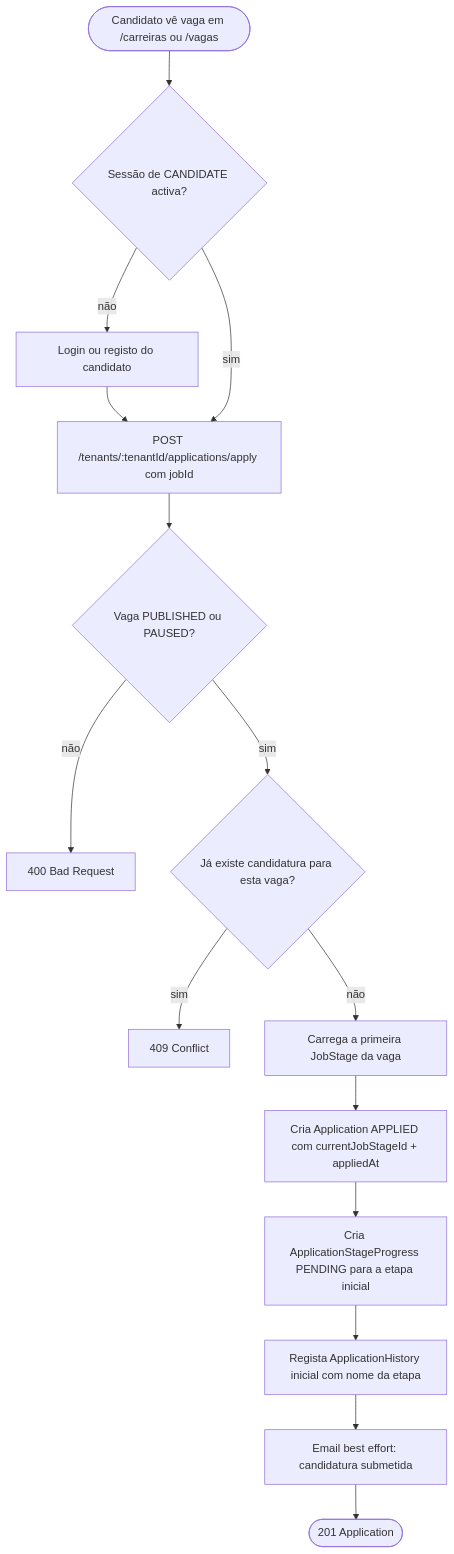
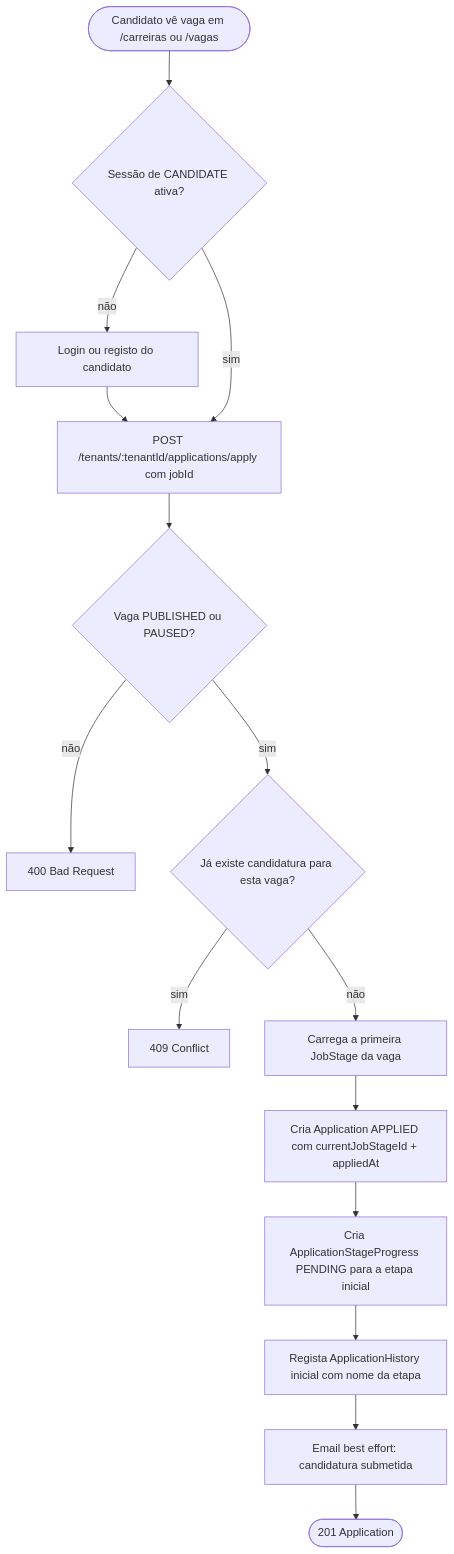
The sixth of 13 diagrams in FLUXOS.md (AndreXime/deploy-talent), drawn with Mermaid before and after one commit. The commit also changed other lines of this file and 50 other files, not shown here.

````diff
--- a/FLUXOS.md
+++ b/FLUXOS.md
@@ -112,17 +112,17 @@
 ```mermaid
 flowchart TD
-    browse([Candidato vê vaga em /carreiras ou /vagas]) --> session{Sessão de CANDIDATE activa?}
+    browse([Candidato vê vaga em /carreiras ou /vagas]) --> session{Sessão de CANDIDATE ativa?}
     session -- não --> auth[Login ou registo do candidato]
     auth --> apply
     session -- sim --> apply[POST /tenants/:tenantId/applications/apply com jobId]
     apply --> jobOk{Vaga PUBLISHED ou PAUSED?}
     jobOk -- não --> err400[400 Bad Request]
     jobOk -- sim --> dup{Já existe candidatura para esta vaga?}
     dup -- sim --> err409[409 Conflict]
     dup -- não --> firstStage[Carrega a primeira JobStage da vaga]
     firstStage --> create[Cria Application APPLIED com currentJobStageId + appliedAt]
     create --> progress[Cria ApplicationStageProgress PENDING para a etapa inicial]
     progress --> history[Regista ApplicationHistory inicial com nome da etapa]
     history --> notify[Email best effort: candidatura submetida]
     notify --> done([201 Application])
 ```
````
